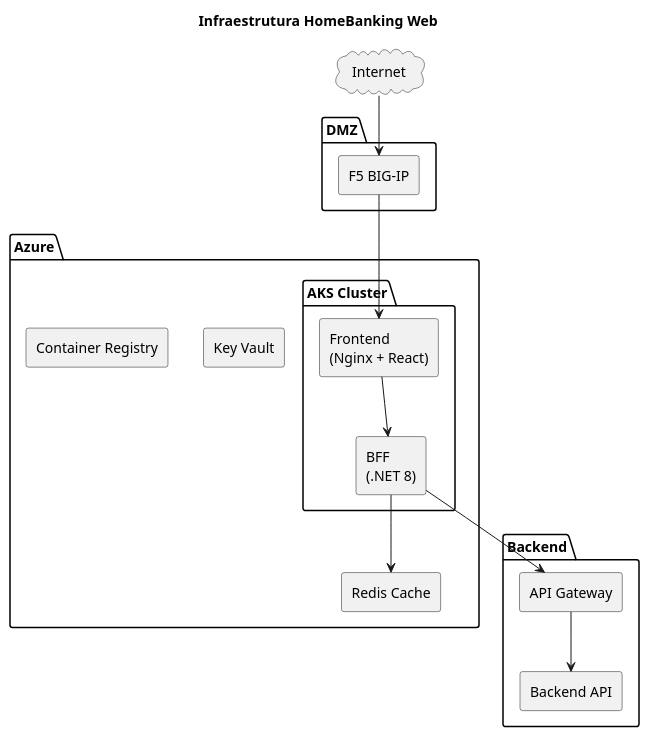
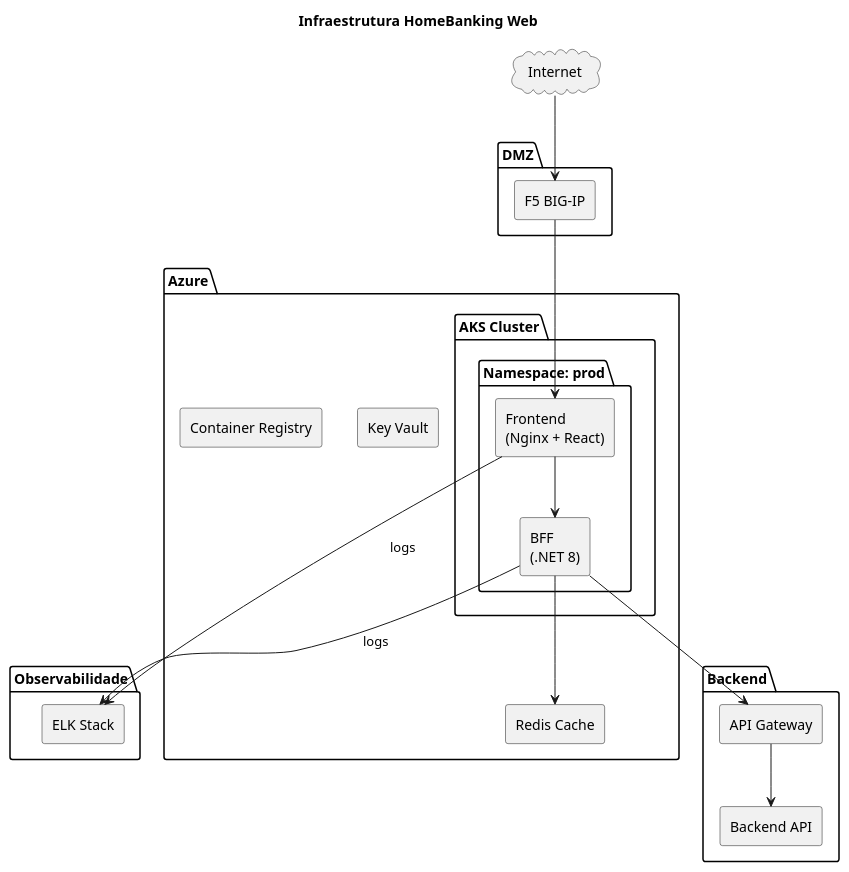
Before and after one commit to beduardo/novobanco_website_doc: the first of 3 diagrams in current/sections/SEC-10-arquitetura-operacional.md, drawn with PlantUML. The commit also changed other lines of this file and 17 other files, not shown here.

````diff
--- a/current/sections/SEC-10-arquitetura-operacional.md
+++ b/current/sections/SEC-10-arquitetura-operacional.md
@@ -32,38 +34,46 @@
 ```plantuml
 @startuml
 skinparam componentStyle rectangle
 skinparam backgroundColor white
 
 title Infraestrutura HomeBanking Web
 
 cloud "Internet" as NET
 
 package "DMZ" {
   [F5 BIG-IP] as LB
 }
 
 package "Azure" {
   package "AKS Cluster" {
-    [Frontend\n(Nginx + React)] as FE
-    [BFF\n(.NET 8)] as BFF
+    package "Namespace: prod" {
+      [Frontend\n(Nginx + React)] as FE
+      [BFF\n(.NET 8)] as BFF
+    }
   }
 
   [Redis Cache] as REDIS
   [Key Vault] as KV
   [Container Registry] as ACR
+}
+
+package "Observabilidade" {
+  [ELK Stack] as ELK
 }
 
 package "Backend" {
   [API Gateway] as GW
   [Backend API] as API
 }
 
 NET --> LB
 LB --> FE
 FE --> BFF
 BFF --> REDIS
 BFF --> GW
 GW --> API
+FE --> ELK : logs
+BFF --> ELK : logs
 
 @enduml
 ```
````
